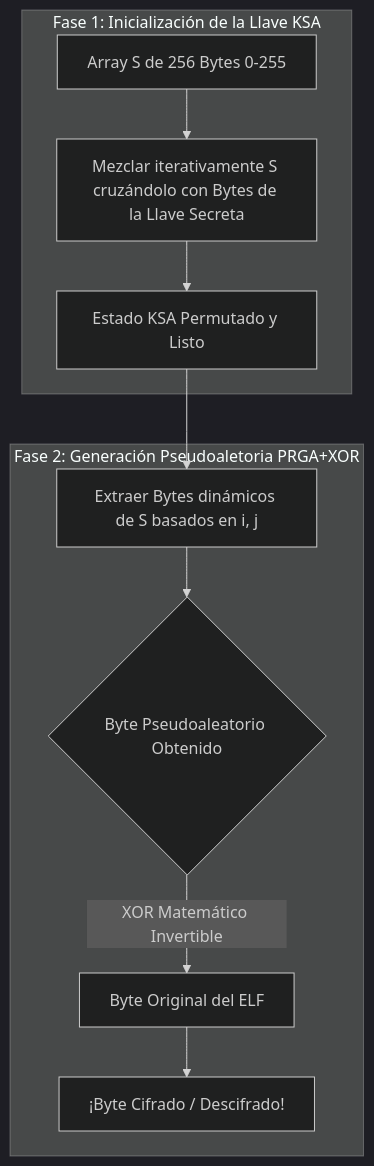
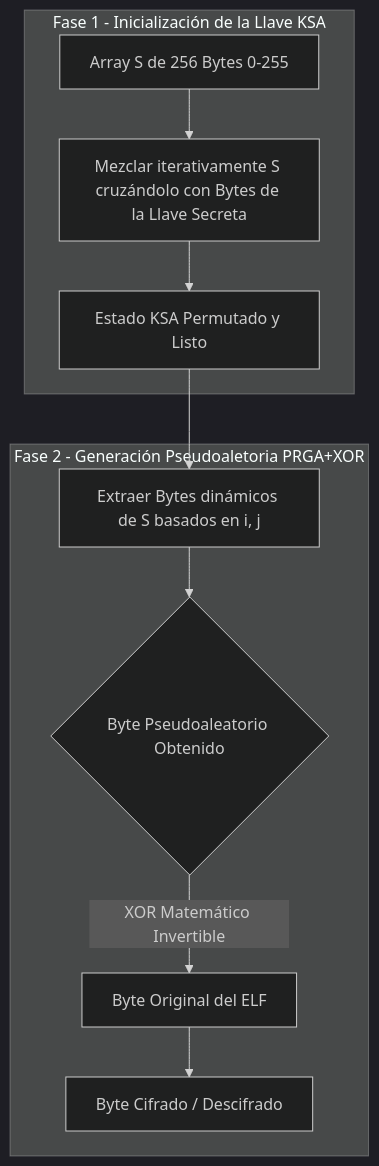
Before and after one commit to STC71/42_woody-woodpacker: the diagram in code_RC4.md, drawn with Mermaid (dark theme). The commit also changed 2 other files, not shown here.

Commit message:
docs: strictly sanitize mermaid node formatting to bypass GitHub diagram parser limits

````diff
--- a/code_RC4.md
+++ b/code_RC4.md
@@ -22,13 +22,13 @@
 ```mermaid
 graph TD
-    subgraph KSA ["Fase 1: Inicialización de la Llave KSA"]
-        A["Array S de 256 Bytes 0-255"] --> B["Mezclar iterativamente S cruzándolo con Bytes de la Llave Secreta"]
-        B --> C["Estado KSA Permutado y Listo"]
+    subgraph KSA [Fase 1 - Inicialización de la Llave KSA]
+        A[Array S de 256 Bytes 0-255] --> B[Mezclar iterativamente S cruzándolo con Bytes de la Llave Secreta]
+        B --> C[Estado KSA Permutado y Listo]
     end
-    subgraph PRGA ["Fase 2: Generación Pseudoaletoria PRGA+XOR"]
-        C --> D["Extraer Bytes dinámicos de S basados en i, j"]
-        D --> E{"Byte Pseudoaleatorio Obtenido"}
-        E --> |XOR Matemático Invertible| F["Byte Original del ELF"]
-        F --> G["¡Byte Cifrado / Descifrado!"]
+    subgraph PRGA [Fase 2 - Generación Pseudoaletoria PRGA+XOR]
+        C --> D[Extraer Bytes dinámicos de S basados en i, j]
+        D --> E{Byte Pseudoaleatorio Obtenido}
+        E --> |XOR Matemático Invertible| F[Byte Original del ELF]
+        F --> G[Byte Cifrado / Descifrado]
     end
 ```
````
